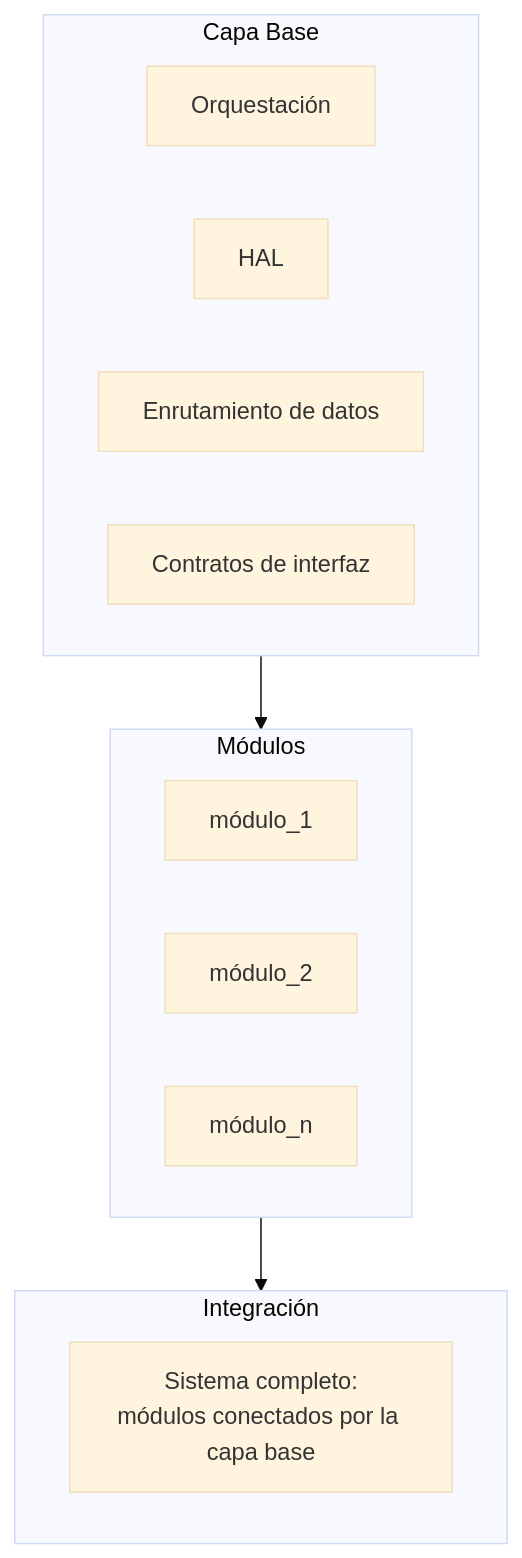
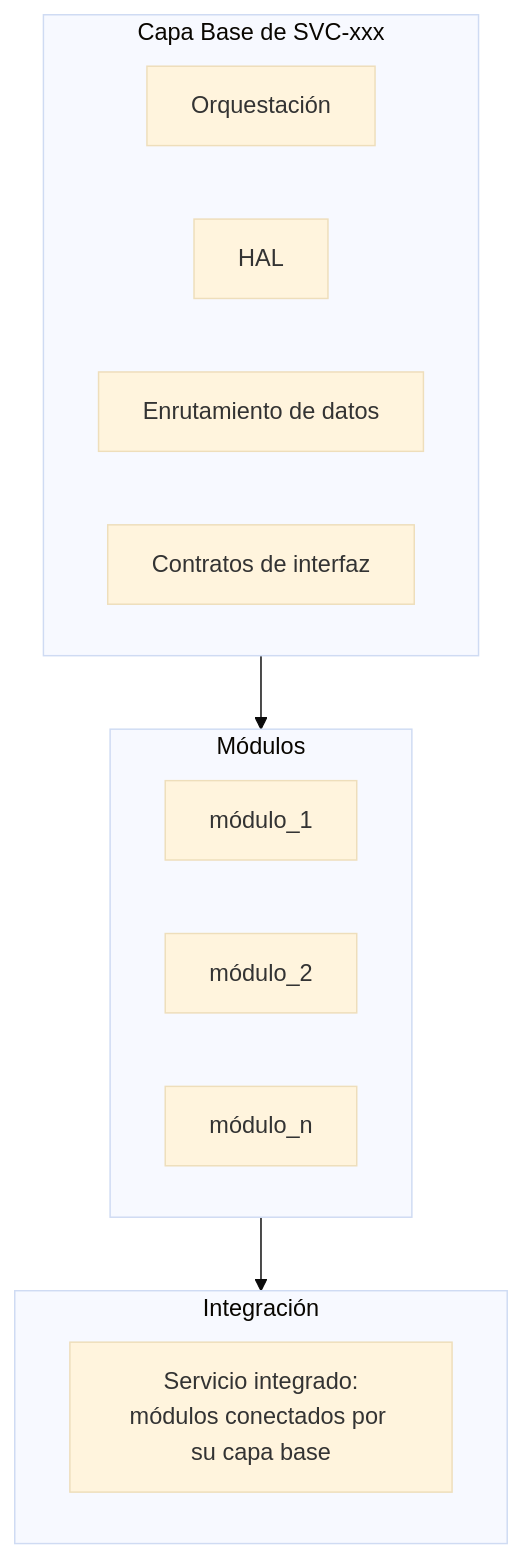
The third of 5 diagrams in methodology/V-SIL-v3/S1_G1_template.md (dramirezbe/codeanvil-gcpds), drawn with Mermaid (base theme) before and after one commit. The commit also changed other lines of this file and 3 other files, not shown here.

````diff
--- a/methodology/V-SIL-v3/S1_G1_template.md
+++ b/methodology/V-SIL-v3/S1_G1_template.md
@@ -147,24 +183,24 @@
 ```mermaid
 flowchart TD
-    subgraph BASE["Capa Base"]
+    subgraph BASE["Capa Base de SVC-xxx"]
         direction LR
         ORCH["Orquestación"]
         HAL_["HAL"]
         ROUTE["Enrutamiento de datos"]
         IFACE["Contratos de interfaz"]
     end
 
     subgraph MODS["Módulos"]
         direction LR
         M1["módulo_1"]
         M2["módulo_2"]
         MN["módulo_n"]
     end
 
     subgraph INTEG["Integración"]
         direction LR
-        SYS["Sistema completo:<br/>módulos conectados por la capa base"]
+        SYS["Servicio integrado:<br/>módulos conectados por su capa base"]
     end
 
     BASE --> MODS --> INTEG
 ```
````
